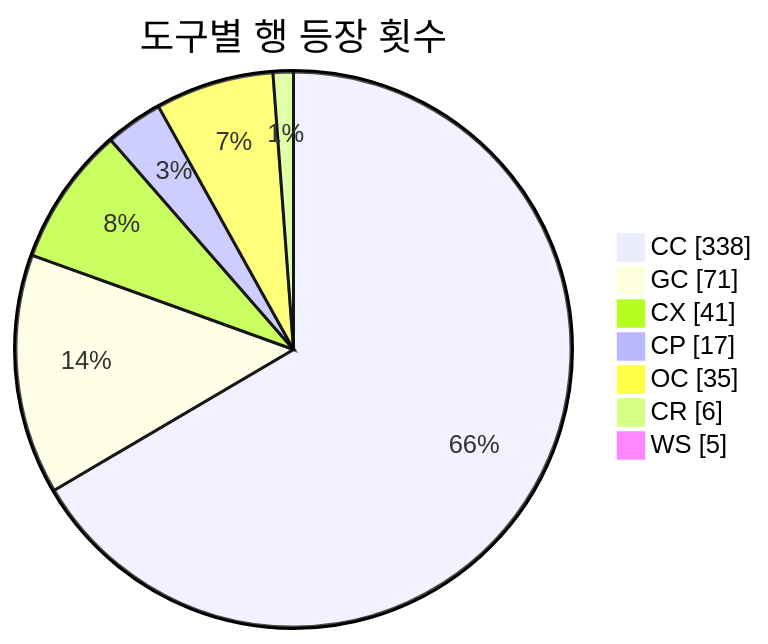
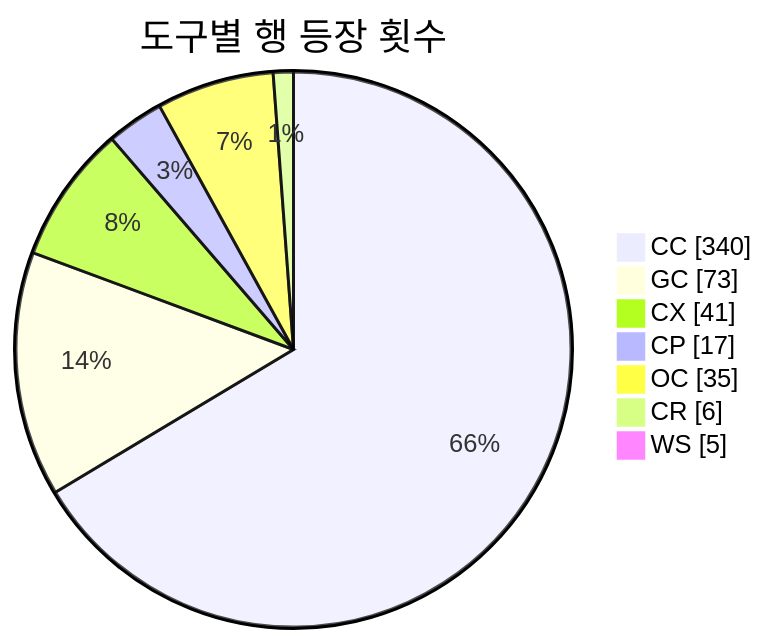
The second of 3 diagrams in README.md (J-nowcow/awesome-korean-agent-skills), drawn with Mermaid before and after one commit. The commit also changed other lines of this file and 5 other files, not shown here.

````diff
--- a/README.md
+++ b/README.md
@@ -193,11 +193,11 @@
 ```mermaid
 pie showData
     title 도구별 행 등장 횟수
-    "CC" : 338
-    "GC" : 71
+    "CC" : 340
+    "GC" : 73
     "CX" : 41
     "CP" : 17
     "OC" : 35
     "CR" : 6
     "WS" : 5
 ```
````
